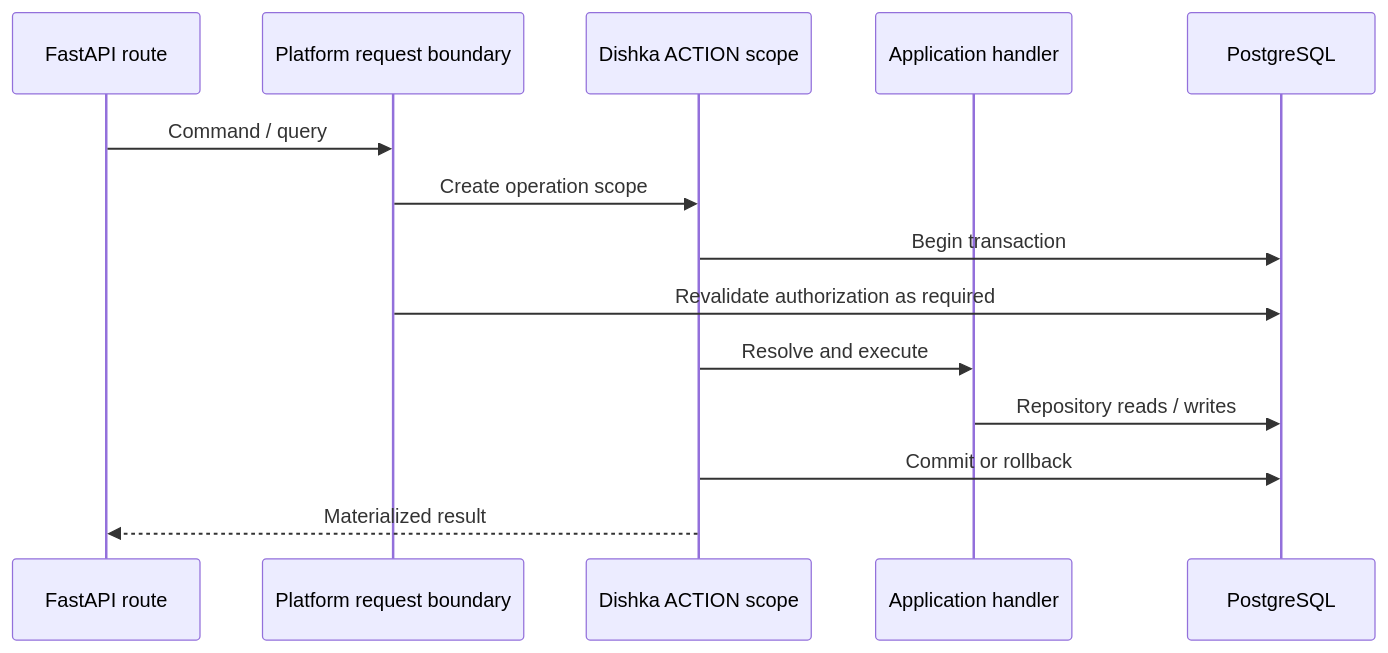
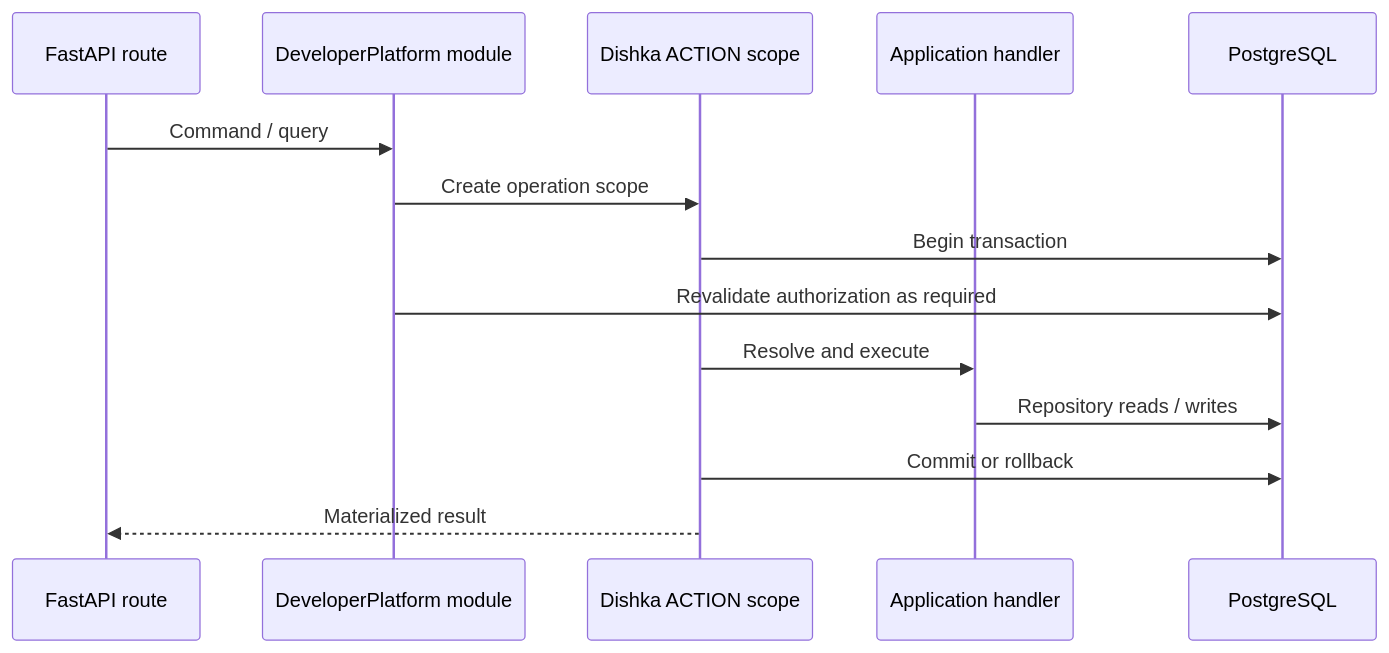
The second of 3 diagrams in docs/architecture.md (Nicola-Ibrahim/Developers-Hub), drawn with Mermaid before and after one commit. The commit also changed other lines of this file and 24 other files, not shown here.

````diff
--- a/docs/architecture.md
+++ b/docs/architecture.md
@@ -61,17 +62,17 @@
 ```mermaid
 sequenceDiagram
     participant Route as FastAPI route
-    participant Host as Platform request boundary
+    participant Host as DeveloperPlatform module
     participant Action as Dishka ACTION scope
     participant Handler as Application handler
     participant DB as PostgreSQL
 
     Route->>Host: Command / query
     Host->>Action: Create operation scope
     Action->>DB: Begin transaction
     Host->>DB: Revalidate authorization as required
     Action->>Handler: Resolve and execute
     Handler->>DB: Repository reads / writes
     Action->>DB: Commit or rollback
     Action-->>Route: Materialized result
 ```
````
